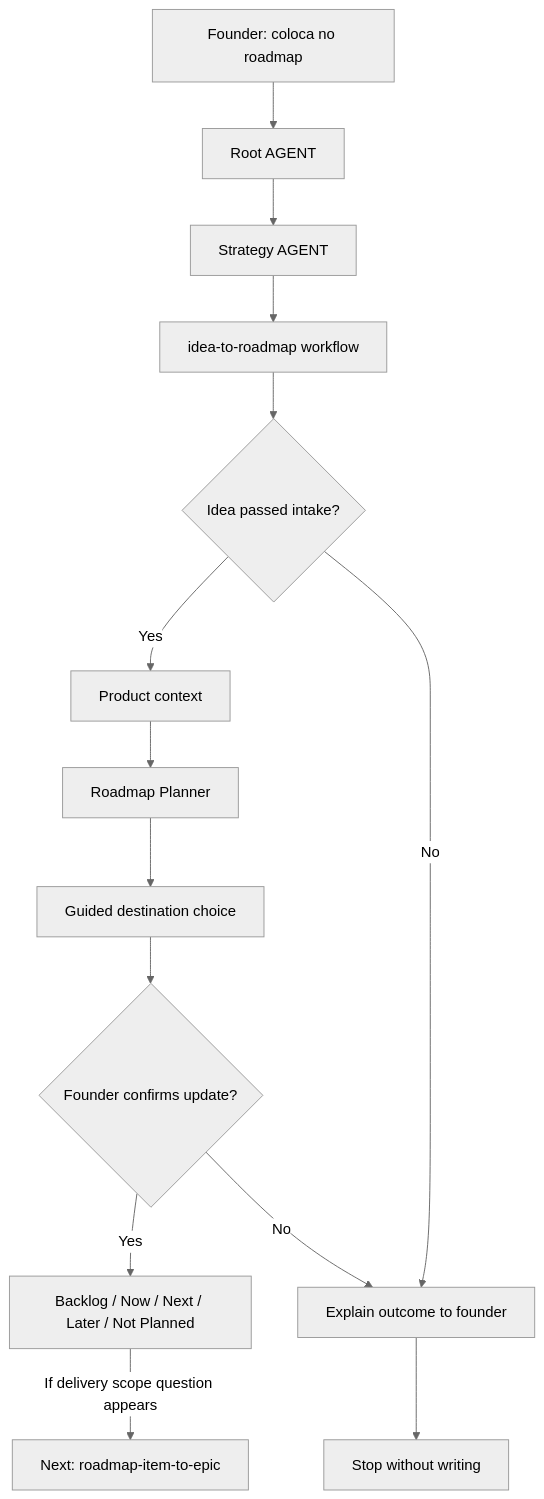
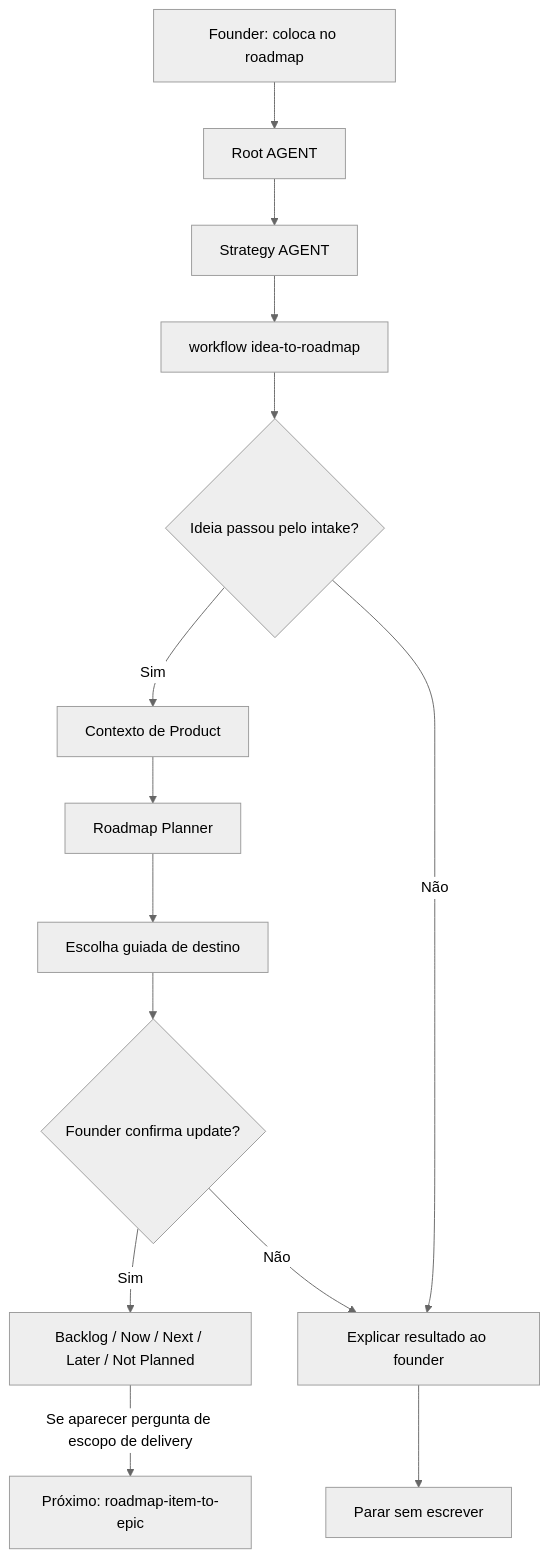
Before and after one commit to desousajhonny/leanOS: the diagram in docs/framework/founder-journeys/idea-to-roadmap.md, drawn with Mermaid (neutral theme). The commit also changed other lines of this file and 23 other files, not shown here.

````diff
--- a/docs/framework/founder-journeys/idea-to-roadmap.md
+++ b/docs/framework/founder-journeys/idea-to-roadmap.md
@@ -18,24 +18,24 @@
 ```mermaid
 flowchart TD
   A["Founder: coloca no roadmap"]
   B["Root AGENT"]
   C["Strategy AGENT"]
-  D["idea-to-roadmap workflow"]
-  E{"Idea passed intake?"}
-  F["Product context"]
+  D["workflow idea-to-roadmap"]
+  E{"Ideia passou pelo intake?"}
+  F["Contexto de Product"]
   G["Roadmap Planner"]
-  H["Guided destination choice"]
-  I{"Founder confirms update?"}
+  H["Escolha guiada de destino"]
+  I{"Founder confirma update?"}
   J["Backlog / Now / Next / Later / Not Planned"]
-  K["Explain outcome to founder"]
-  L["Stop without writing"]
-  M["Next: roadmap-item-to-epic"]
+  K["Explicar resultado ao founder"]
+  L["Parar sem escrever"]
+  M["Próximo: roadmap-item-to-epic"]
 
   A --> B --> C --> D --> E
-  E -->|Yes| F --> G --> H --> I
-  E -->|No| K
-  I -->|Yes| J
-  I -->|No| K
+  E -->|Sim| F --> G --> H --> I
+  E -->|Não| K
+  I -->|Sim| J
+  I -->|Não| K
   K --> L
-  J -->|If delivery scope question appears| M
+  J -->|Se aparecer pergunta de escopo de delivery| M
 ```
````
